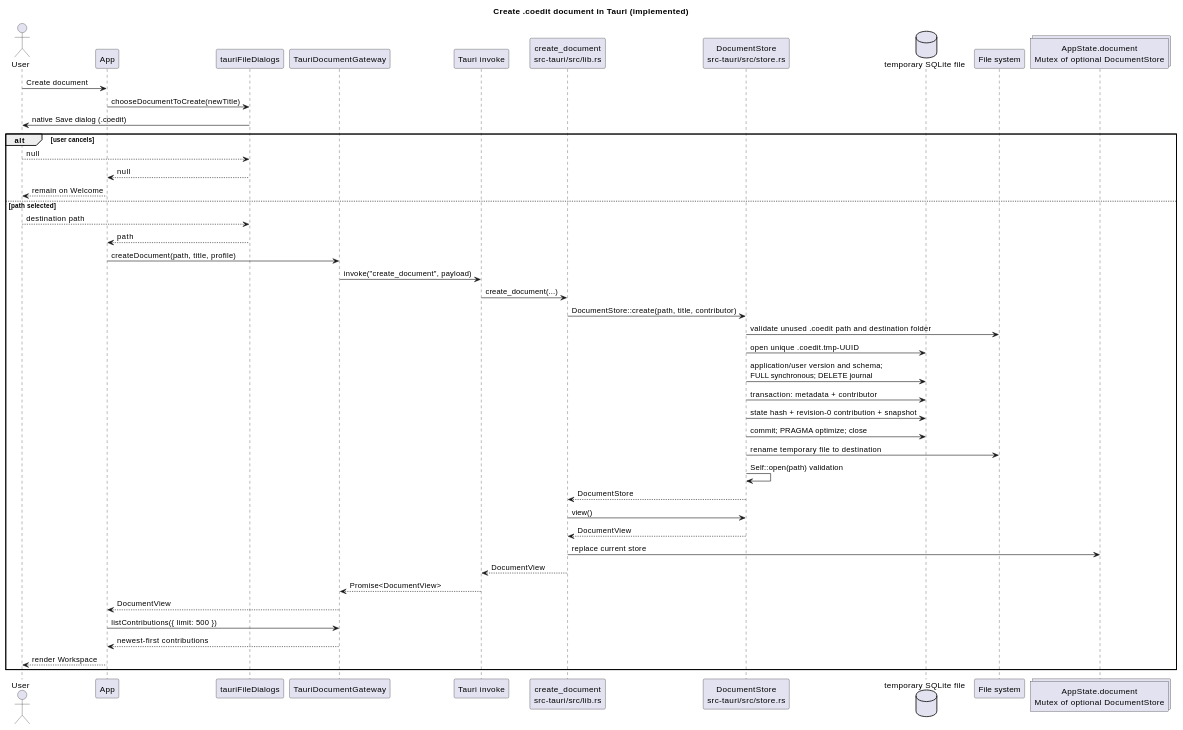
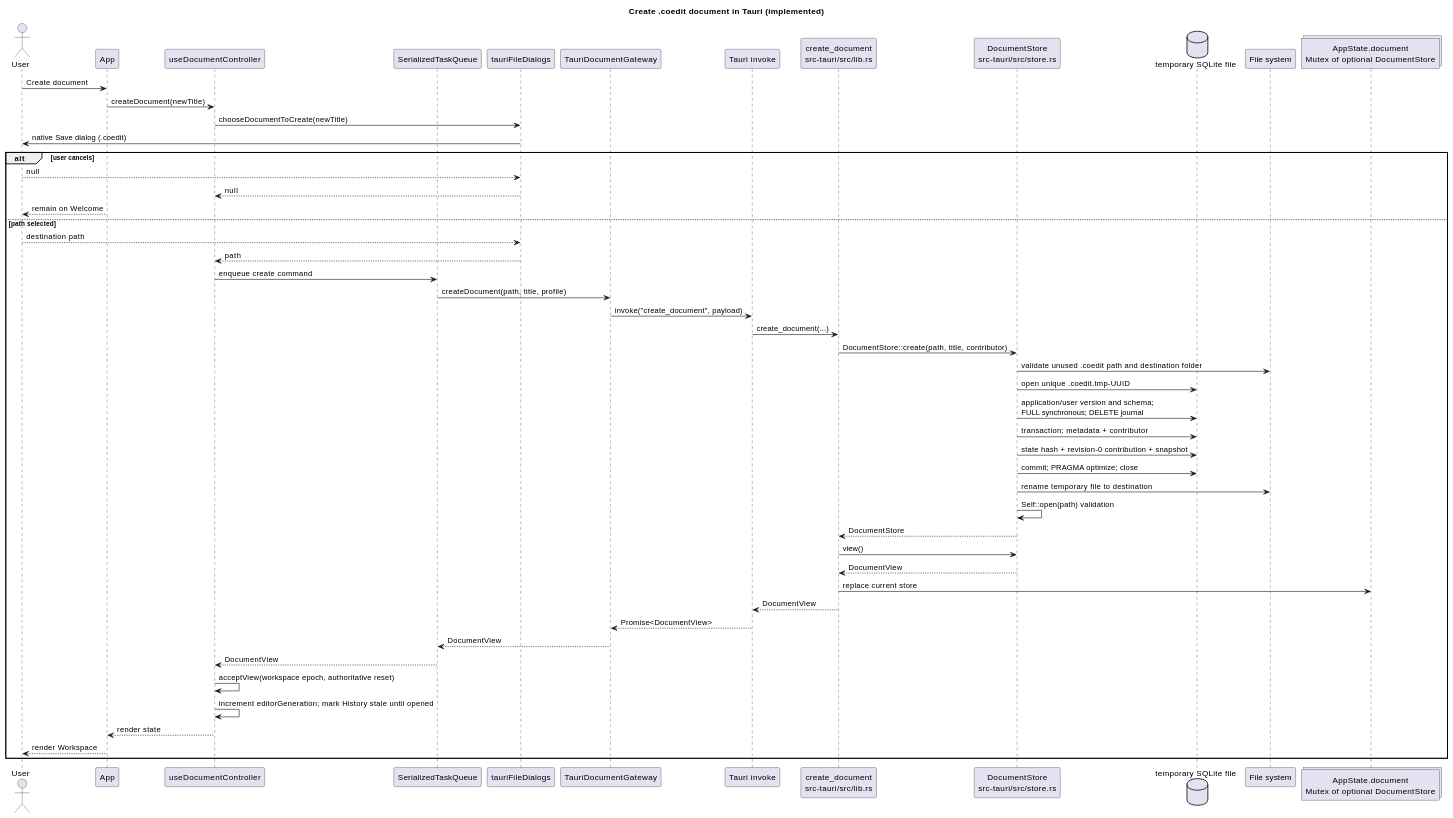
Before and after one commit to benoit-gl/coedit: the third of 13 diagrams in docs/SEQUENCE_DIAGRAMS.md, drawn with PlantUML. The commit also changed other lines of this file and 44 other files, not shown here.

Commit message:
Architectural update (cleanup)

````diff
--- a/docs/SEQUENCE_DIAGRAMS.md
+++ b/docs/SEQUENCE_DIAGRAMS.md
@@ -113,49 +117,55 @@
 ```plantuml
 @startuml
 title Create .coedit document in Tauri (implemented)
 actor User
 participant "App" as App
+participant "useDocumentController" as Controller
+participant "SerializedTaskQueue" as Queue
 participant "tauriFileDialogs" as Dialogs
 participant "TauriDocumentGateway" as Gateway
 participant "Tauri invoke" as IPC
 participant "create_document\nsrc-tauri/src/lib.rs" as Command
 participant "DocumentStore\nsrc-tauri/src/store.rs" as Store
 database "temporary SQLite file" as Temp
 participant "File system" as FS
 collections "AppState.document\nMutex of optional DocumentStore" as State
 
 User -> App : Create document
-App -> Dialogs : chooseDocumentToCreate(newTitle)
+App -> Controller : createDocument(newTitle)
+Controller -> Dialogs : chooseDocumentToCreate(newTitle)
 Dialogs -> User : native Save dialog (.coedit)
 alt user cancels
   User --> Dialogs : null
-  Dialogs --> App : null
+  Dialogs --> Controller : null
   App --> User : remain on Welcome
 else path selected
   User --> Dialogs : destination path
-  Dialogs --> App : path
-  App -> Gateway : createDocument(path, title, profile)
+  Dialogs --> Controller : path
+  Controller -> Queue : enqueue create command
+  Queue -> Gateway : createDocument(path, title, profile)
   Gateway -> IPC : invoke("create_document", payload)
   IPC -> Command : create_document(...)
   Command -> Store : DocumentStore::create(path, title, contributor)
   Store -> FS : validate unused .coedit path and destination folder
   Store -> Temp : open unique .coedit.tmp-UUID
   Store -> Temp : application/user version and schema;\nFULL synchronous; DELETE journal
   Store -> Temp : transaction: metadata + contributor
   Store -> Temp : state hash + revision-0 contribution + snapshot
   Store -> Temp : commit; PRAGMA optimize; close
   Store -> FS : rename temporary file to destination
   Store -> Store : Self::open(path) validation
   Store --> Command : DocumentStore
   Command -> Store : view()
   Store --> Command : DocumentView
   Command -> State : replace current store
   Command --> IPC : DocumentView
   IPC --> Gateway : Promise<DocumentView>
-  Gateway --> App : DocumentView
-  App -> Gateway : listContributions({ limit: 500 })
-  Gateway --> App : newest-first contributions
+  Gateway --> Queue : DocumentView
+  Queue --> Controller : DocumentView
+  Controller -> Controller : acceptView(workspace epoch, authoritative reset)
+  Controller -> Controller : increment editorGeneration; mark History stale until opened
+  Controller --> App : render state
   App --> User : render Workspace
 end
 @enduml
 ```
````
